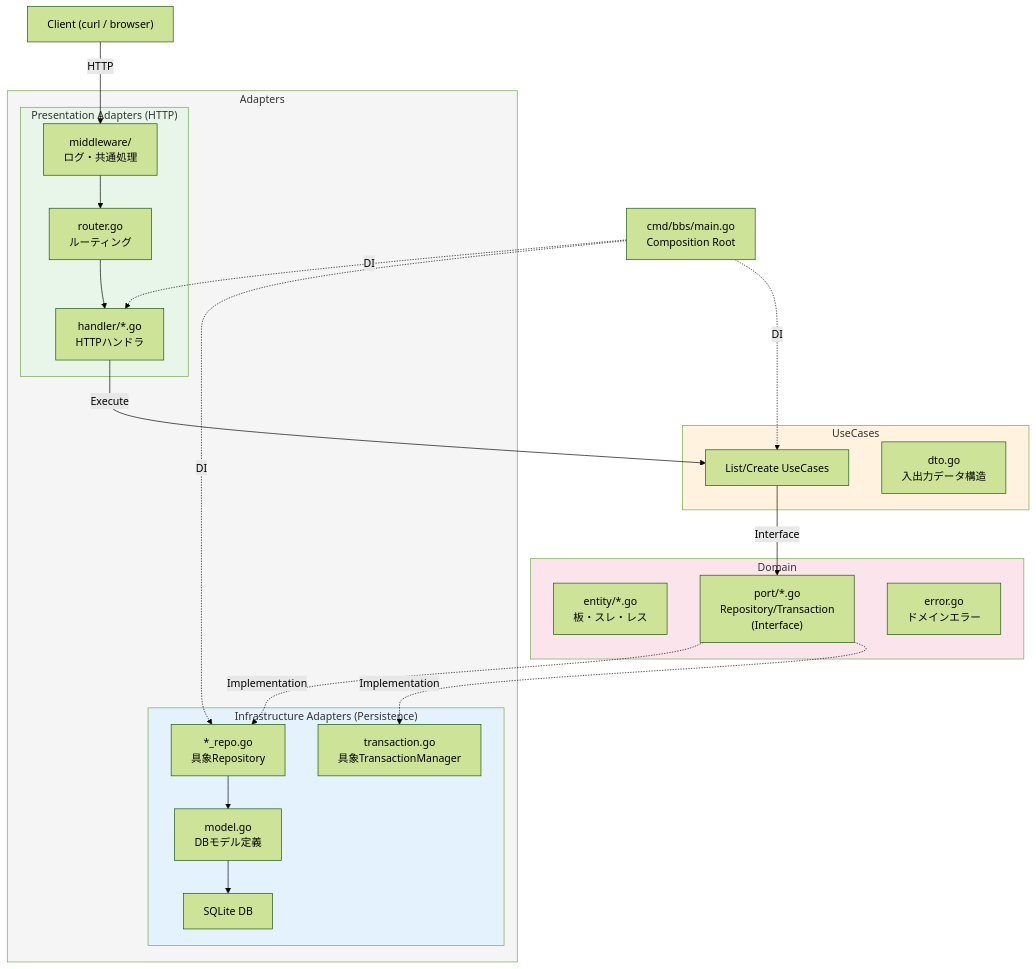
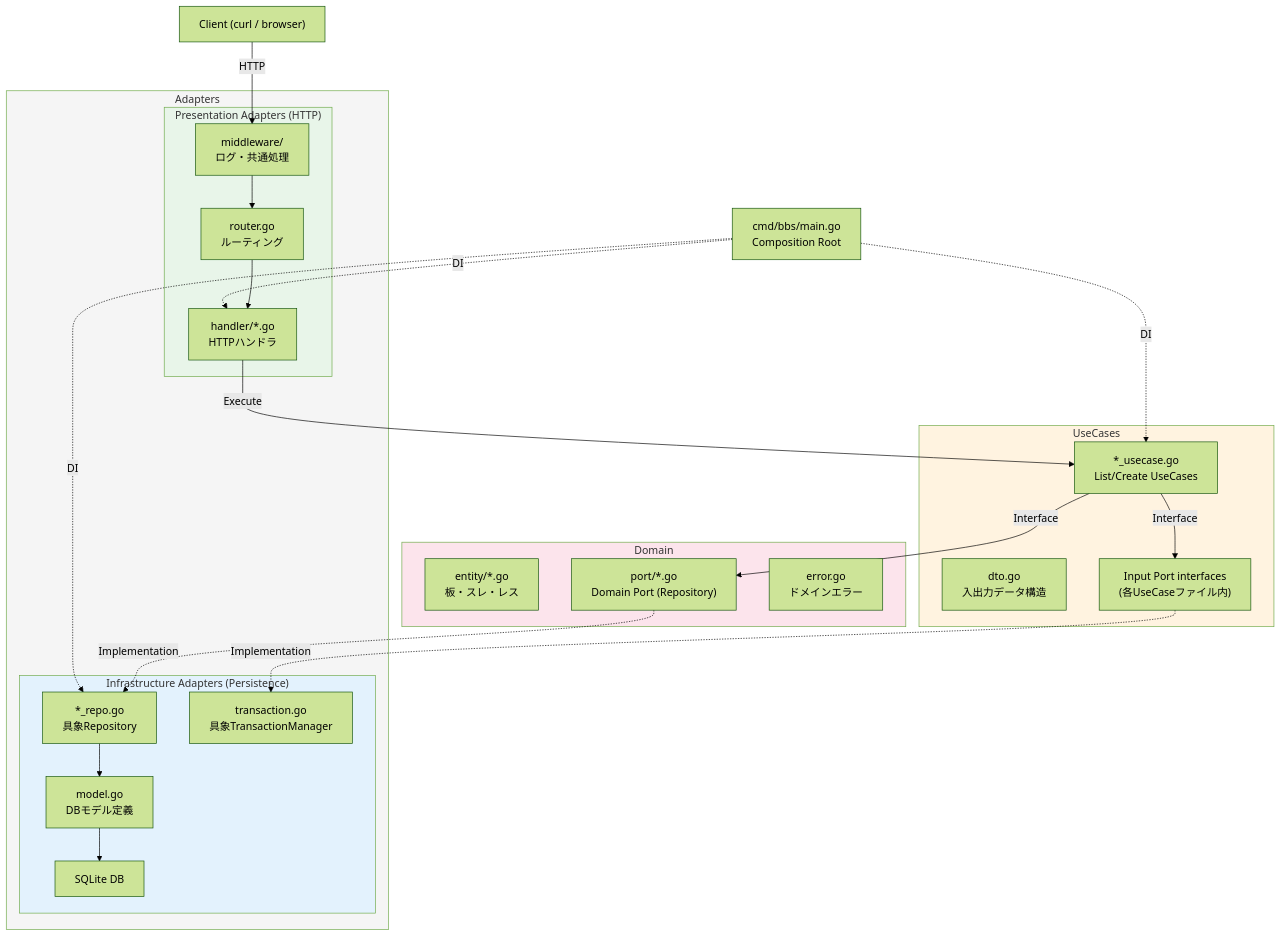
Before and after one commit to sokoide/workshop: the diagram in software/assets/bbs/README_ja.md, drawn with Mermaid (forest theme). The commit also changed other lines of this file and 32 other files, not shown here.

````diff
--- a/software/assets/bbs/README_ja.md
+++ b/software/assets/bbs/README_ja.md
@@ -89,45 +89,47 @@
 ```mermaid
 graph TB
     subgraph AdaptersLayer [Adapters]
         subgraph Presentation["Presentation Adapters (HTTP)"]
             Router["router.go<br/>ルーティング"]
             Handler["handler/*.go<br/>HTTPハンドラ"]
             MW["middleware/<br/>ログ・共通処理"]
         end
 
         subgraph Infra["Infrastructure Adapters (Persistence)"]
             SQLite["SQLite DB"]
             Repo["*_repo.go<br/>具象Repository"]
             TM["transaction.go<br/>具象TransactionManager"]
             Model["model.go<br/>DBモデル定義"]
         end
     end
 
     subgraph UseCaseLayer ["UseCases"]
-        UC["List/Create UseCases"]
+        UC["*_usecase.go<br/>List/Create UseCases"]
         DTO["dto.go<br/>入出力データ構造"]
+        UCPort["Input Port interfaces<br/>(各UseCaseファイル内)"]
     end
 
     subgraph DomainLayer ["Domain"]
         Entity["entity/*.go<br/>板・スレ・レス"]
-        Port["port/*.go<br/>Repository/Transaction<br/>(Interface)"]
+        DPort["port/*.go<br/>Domain Port (Repository)"]
         Err["error.go<br/>ドメインエラー"]
     end
 
     Client["Client (curl / browser)"] -->|HTTP| MW --> Router --> Handler
     Handler -->|Execute| UC
-    UC -->|Interface| Port
-    Port -.->|Implementation| Repo
-    Port -.->|Implementation| TM
+    UC -->|Interface| UCPort
+    UC -->|Interface| DPort
+    UCPort -.->|Implementation| TM
+    DPort -.->|Implementation| Repo
     Repo --> Model --> SQLite
     
     Main["cmd/bbs/main.go<br/>Composition Root"] -.->|DI| Handler
     Main -.->|DI| UC
     Main -.->|DI| Repo
 
     style AdaptersLayer fill:#f5f5f5
     style Presentation fill:#e8f5e9
     style UseCaseLayer fill:#fff3e0
     style DomainLayer fill:#fce4ec
     style Infra fill:#e3f2fd
 ```
````
